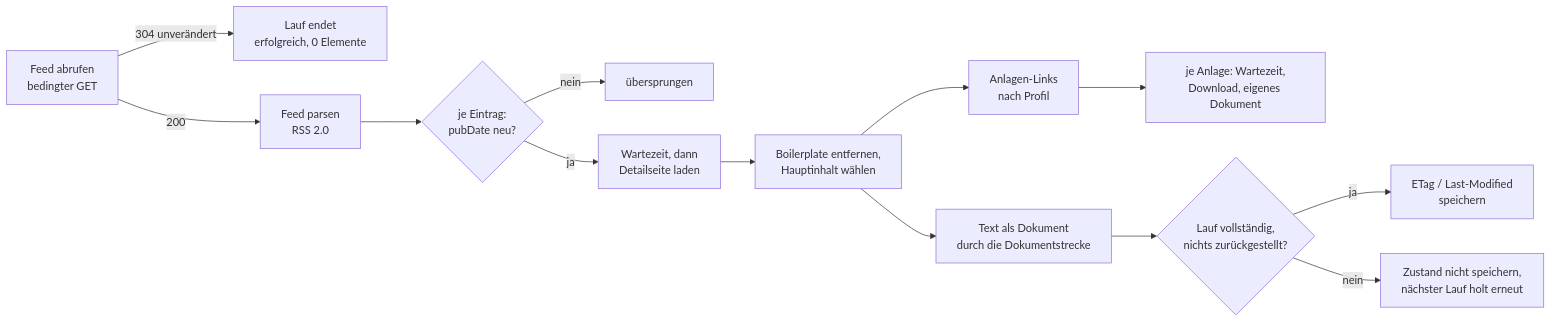
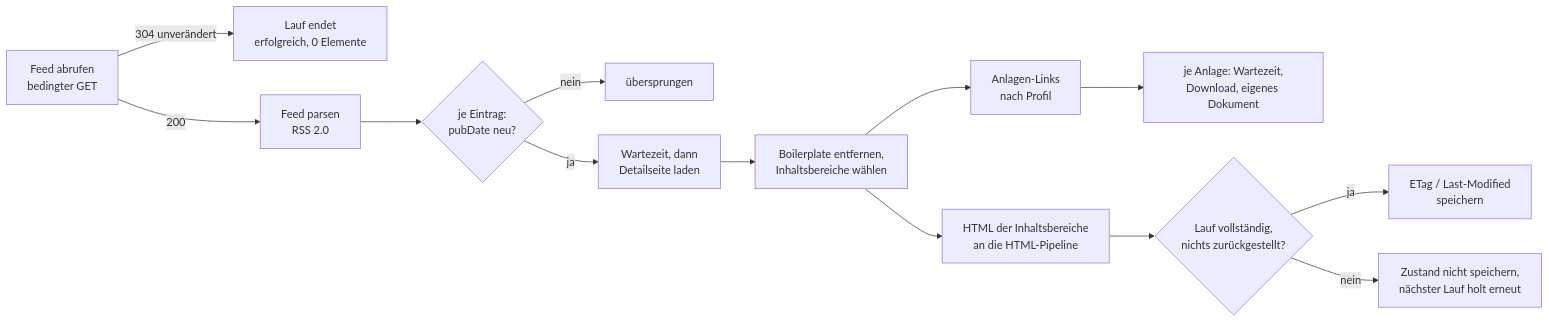
The diagram in docs/handbuch/konnektor-rss-feed.md (criew/opaa), drawn with Mermaid before and after one commit. The commit also changed other lines of this file and 36 other files, not shown here.

First line of the commit message:
refactor(pipeline): ein XHTML-Ereignisleser für HTML und Confluence, Feed-Detailseiten über die HTML-Pipeline (#1356)

````diff
--- a/docs/handbuch/konnektor-rss-feed.md
+++ b/docs/handbuch/konnektor-rss-feed.md
@@ -17,15 +17,15 @@
 ```mermaid
 flowchart LR
     F[Feed abrufen<br/>bedingter GET] -->|304 unverändert| E0[Lauf endet<br/>erfolgreich, 0 Elemente]
     F -->|200| P[Feed parsen<br/>RSS 2.0]
     P --> I{je Eintrag:<br/>pubDate neu?}
     I -- nein --> S[übersprungen]
     I -- ja --> W[Wartezeit, dann<br/>Detailseite laden]
-    W --> H[Boilerplate entfernen,<br/>Hauptinhalt wählen]
-    H --> D[Text als Dokument<br/>durch die Dokumentstrecke]
+    W --> H[Boilerplate entfernen,<br/>Inhaltsbereiche wählen]
+    H --> D[HTML der Inhaltsbereiche<br/>an die HTML-Pipeline]
     H --> A[Anlagen-Links<br/>nach Profil]
     A --> AD[je Anlage: Wartezeit,<br/>Download, eigenes Dokument]
     D --> Z{Lauf vollständig,<br/>nichts zurückgestellt?}
     Z -- ja --> ST[ETag / Last-Modified<br/>speichern]
     Z -- nein --> NS[Zustand nicht speichern,<br/>nächster Lauf holt erneut]
 ```
````
